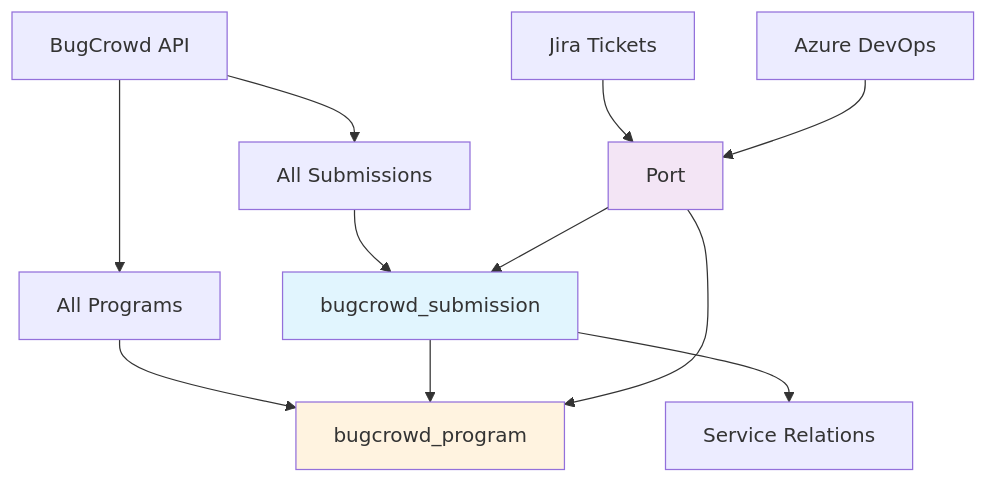
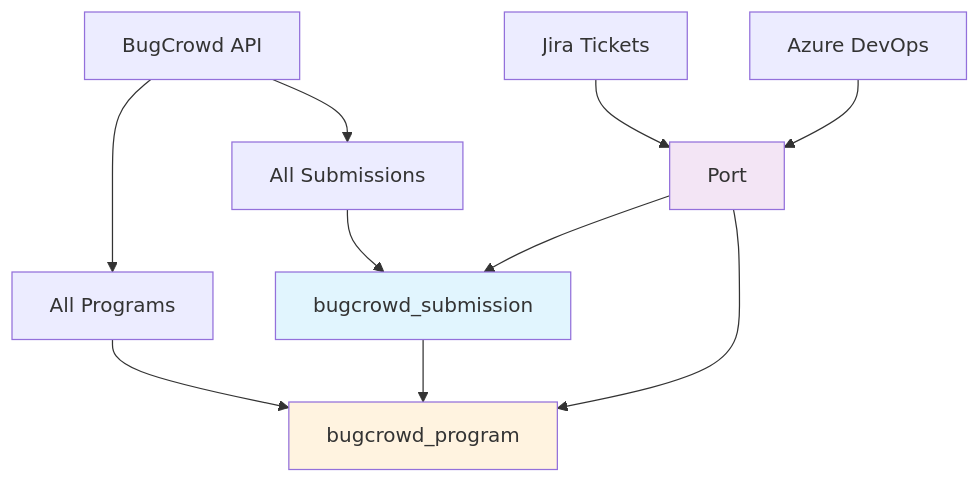
One commit to port-experimental/bugcrowd-integration changed the diagram in README.md. Above: the diagram before and after it, drawn with Mermaid. The commit also changed other lines of this file, not shown here.

````diff
--- a/README.md
+++ b/README.md
@@ -209,21 +187,21 @@
 ```mermaid
 graph TD
     A[BugCrowd API] --> B[All Programs]
     A --> C[All Submissions]
     
     B --> D[bugcrowd_program]
     C --> E[bugcrowd_submission]
     
     E --> D
-    E --> F[Service Relations]
+
     
     G[Port] --> D
     G --> E
     
     H[Jira Tickets] --> G
     I[Azure DevOps] --> G
     
     style D fill:#fff3e0
     style E fill:#e1f5fe
     style G fill:#f3e5f5
 ```
````
